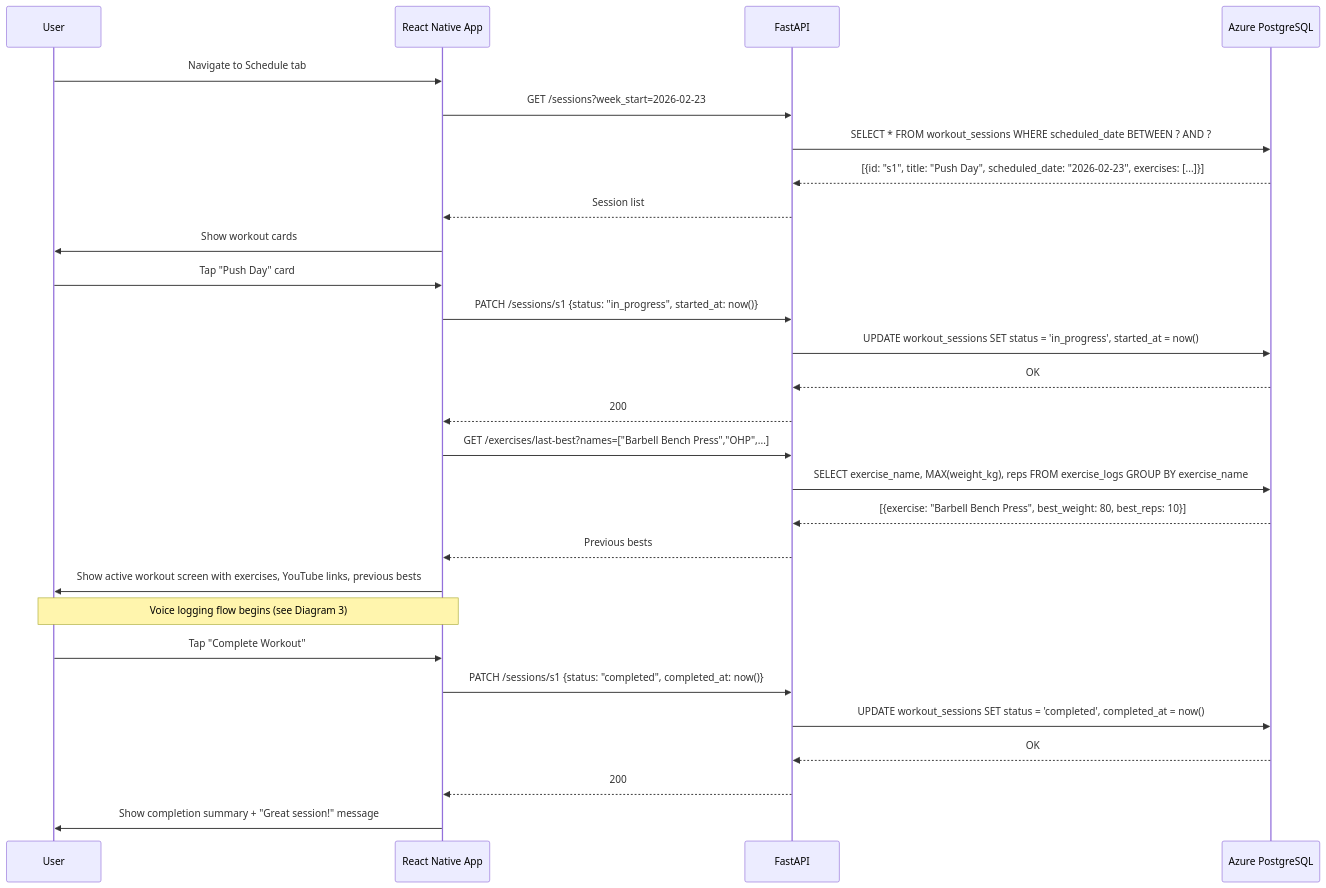
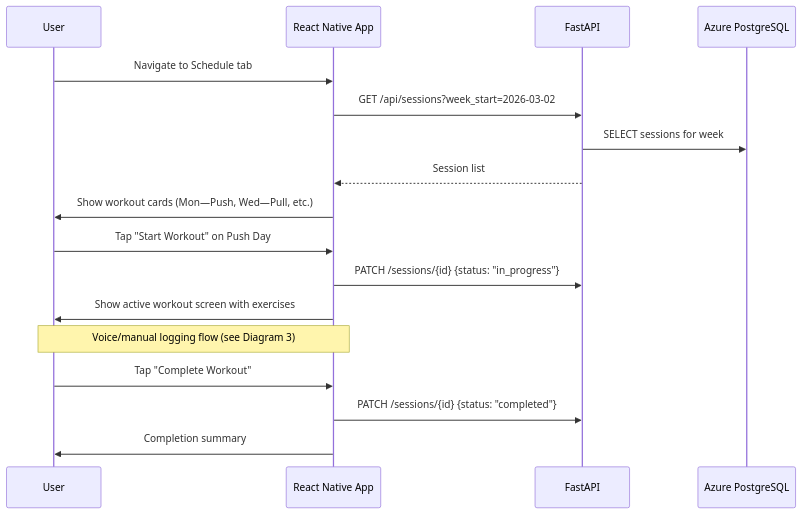
The fourth of 4 diagrams in Gym Trainer Implementation Plan.md (shoten-healthjourneys/gym-trainer-ai), drawn with Mermaid before and after one commit. The commit also changed other lines of this file and 2 other files, not shown here.

First line of the commit message:
Archive implementation plan, trim to active context (#14)

````diff
--- a/Gym Trainer Implementation Plan.md
+++ b/Gym Trainer Implementation Plan.md
@@ -261,35 +180,23 @@
 ```mermaid
 sequenceDiagram
     participant U as User
     participant App as React Native App
     participant API as FastAPI
     participant DB as Azure PostgreSQL
 
     U->>App: Navigate to Schedule tab
-    App->>API: GET /sessions?week_start=2026-02-23
-    API->>DB: SELECT * FROM workout_sessions WHERE scheduled_date BETWEEN ? AND ?
-    DB-->>API: [{id: "s1", title: "Push Day", scheduled_date: "2026-02-23", exercises: [...]}]
+    App->>API: GET /api/sessions?week_start=2026-03-02
+    API->>DB: SELECT sessions for week
     API-->>App: Session list
-    App->>U: Show workout cards
+    App->>U: Show workout cards (Mon—Push, Wed—Pull, etc.)
 
-    U->>App: Tap "Push Day" card
-    App->>API: PATCH /sessions/s1 {status: "in_progress", started_at: now()}
-    API->>DB: UPDATE workout_sessions SET status = 'in_progress', started_at = now()
-    DB-->>API: OK
-    API-->>App: 200
+    U->>App: Tap "Start Workout" on Push Day
+    App->>API: PATCH /sessions/{id} {status: "in_progress"}
+    App->>U: Show active workout screen with exercises
 
-    App->>API: GET /exercises/last-best?names=["Barbell Bench Press","OHP",...]
-    API->>DB: SELECT exercise_name, MAX(weight_kg), reps FROM exercise_logs GROUP BY exercise_name
-    DB-->>API: [{exercise: "Barbell Bench Press", best_weight: 80, best_reps: 10}]
-    API-->>App: Previous bests
-
-    App->>U: Show active workout screen with exercises, YouTube links, previous bests
-    Note over U,App: Voice logging flow begins (see Diagram 3)
+    Note over U,App: Voice/manual logging flow (see Diagram 3)
 
     U->>App: Tap "Complete Workout"
-    App->>API: PATCH /sessions/s1 {status: "completed", completed_at: now()}
-    API->>DB: UPDATE workout_sessions SET status = 'completed', completed_at = now()
-    DB-->>API: OK
-    API-->>App: 200
-    App->>U: Show completion summary + "Great session!" message
+    App->>API: PATCH /sessions/{id} {status: "completed"}
+    App->>U: Completion summary
 ```
````
